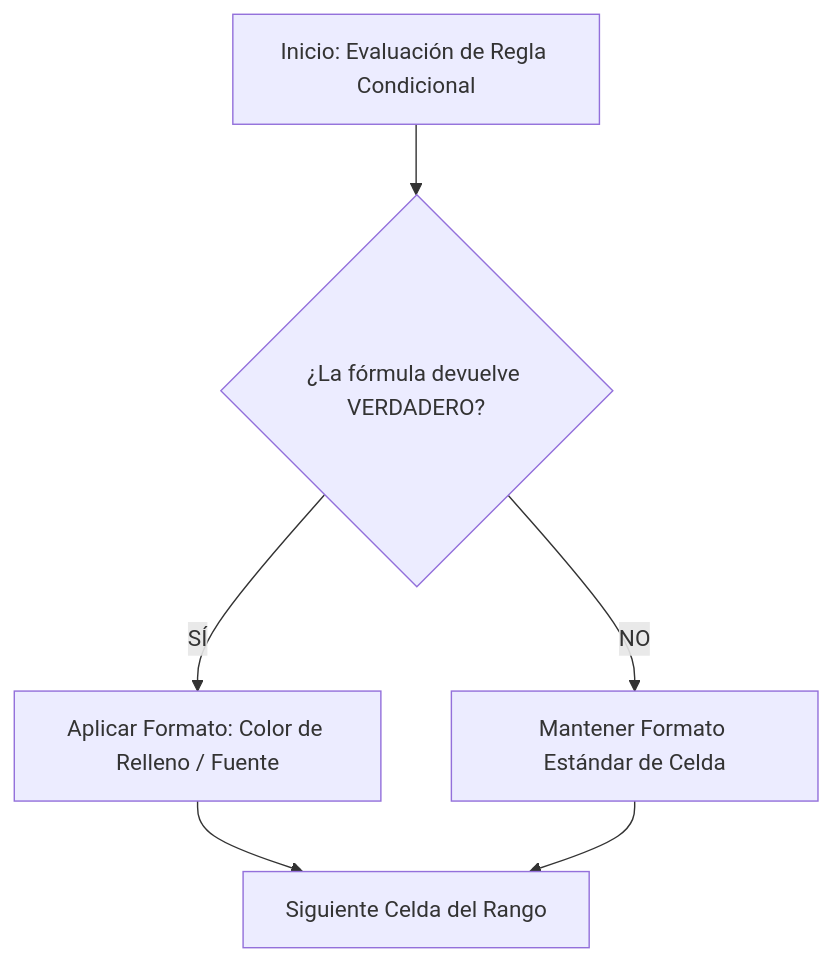
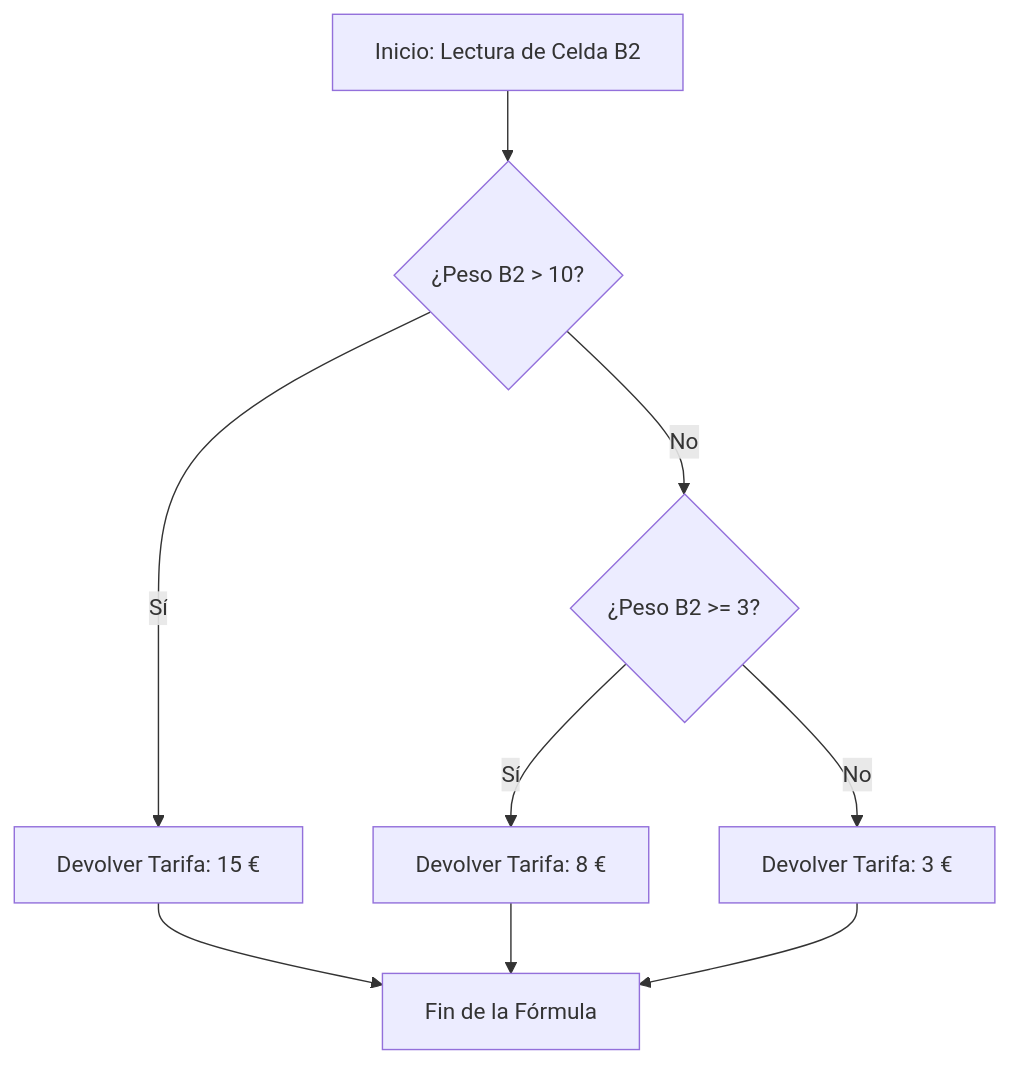
Before and after one commit to belgragar/IFCT56---Excel-avanzado-y-Power-BI: the diagram in Día 01_ Gestión de entornos y formatos.md, drawn with Mermaid. The commit also changed other lines of this file, not shown here.

````diff
--- a/Día 01_ Gestión de entornos y formatos.md
+++ b/Día 01_ Gestión de entornos y formatos.md
@@ -109,8 +216,12 @@
 ```mermaid
-graph TD
-    A[Inicio: Evaluación de Regla Condicional] --> B{¿La fórmula devuelve VERDADERO?}
-    B -- SÍ --> C[Aplicar Formato: Color de Relleno / Fuente]
-    B -- NO --> D[Mantener Formato Estándar de Celda]
-    C --> E[Siguiente Celda del Rango]
-    D --> E
+flowchart TD
+    A[Inicio: Lectura de Celda B2] --> B{¿Peso B2 > 10?}
+    B -- Sí --> C[Devolver Tarifa: 15 €]
+    B -- No --> D{¿Peso B2 >= 3?}
+    D -- Sí --> E[Devolver Tarifa: 8 €]
+    D -- No --> F[Devolver Tarifa: 3 €]
+    C --> G[Fin de la Fórmula]
+    E --> G
+    F --> G
+
 ```
````
